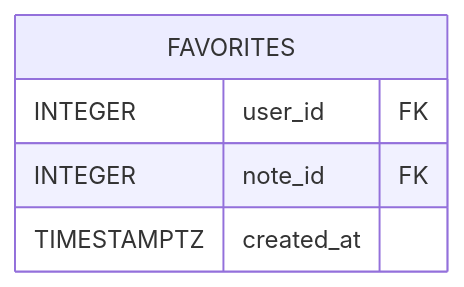
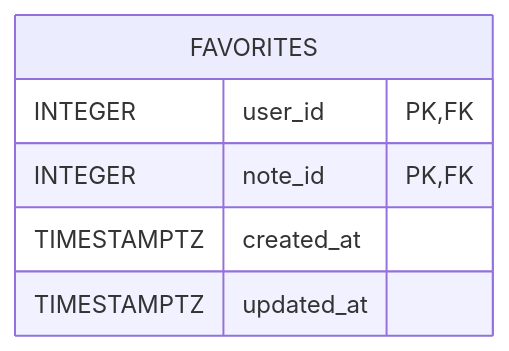
Before and after one commit to go-park-mail-ru/2025_2_FiveCode: the tenth of 12 diagrams in db/normalized/relations.md, drawn with Mermaid. The commit also changed other lines of this file and 2 other files, not shown here.

````diff
--- a/db/normalized/relations.md
+++ b/db/normalized/relations.md
@@ -263,8 +304,9 @@
 ```mermaid
 erDiagram
-  FAVORITES {
-    INTEGER user_id FK
-    INTEGER note_id FK
-    TIMESTAMPTZ created_at
-  }
+    FAVORITES {
+        INTEGER user_id PK, FK
+        INTEGER note_id PK, FK
+        TIMESTAMPTZ created_at
+        TIMESTAMPTZ updated_at
+    }
 ```
````
